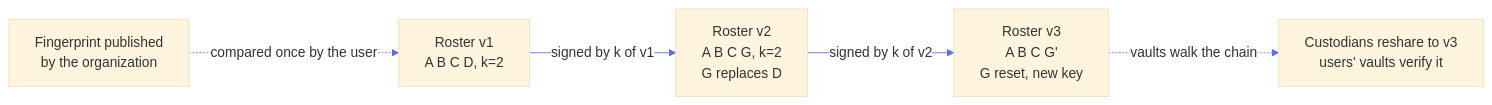
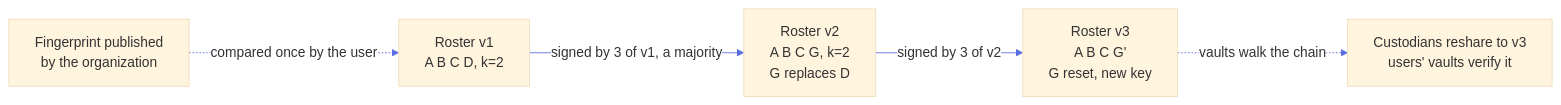
Diagram 13 of 22 in shamir.md (suitenumerique/encryption), drawn with Mermaid before and after one commit. The commit also changed other lines of this file and 75 other files, not shown here.

````diff
--- a/shamir.md
+++ b/shamir.md
@@ -537,8 +538,8 @@
 ```mermaid
 %%{init: {'theme':'base','look':'classic','themeVariables':{'lineColor':'#5b6ee0','edgeLabelBackground':'#ffffff','clusterBkg':'#f5f7ff','clusterBorder':'#9aa7e8','titleColor':'#1a1a2e'},'themeCSS':'.edgeLabel p{background-color:#ffffff;color:#444;font-style:italic;border:1px solid #b5b5b5;padding:2px 8px;border-radius:10px;margin:0;} .edgeLabel .labelBkg{background:transparent;}'}}%%
 flowchart LR
   P[Fingerprint published<br/>by the organization] -.->|compared once by the user| V1
-  V1[Roster v1<br/>A B C D, k=2] -->|signed by k of v1| V2[Roster v2<br/>A B C G, k=2<br/>G replaces D]
-  V2 -->|signed by k of v2| V3[Roster v3<br/>A B C G'<br/>G reset, new key]
+  V1[Roster v1<br/>A B C D, k=2] -->|signed by 3 of v1, a majority| V2[Roster v2<br/>A B C G, k=2<br/>G replaces D]
+  V2 -->|signed by 3 of v2| V3[Roster v3<br/>A B C G'<br/>G reset, new key]
   V3 -.->|vaults walk the chain| U[Custodians reshare to v3<br/>users' vaults verify it]
 ```
````
